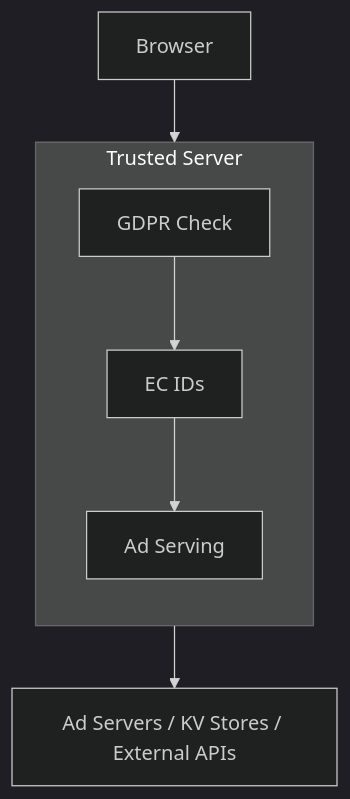
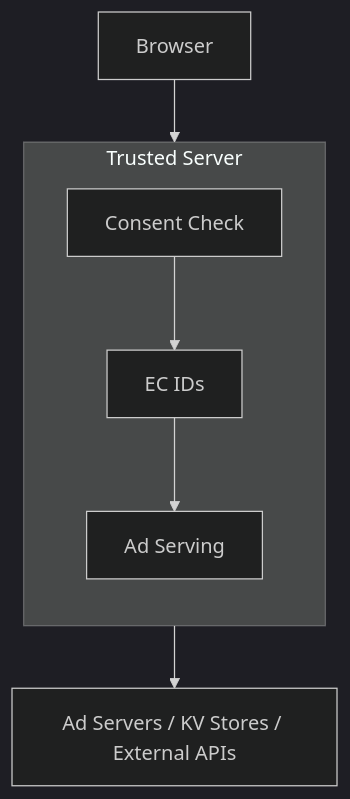
The diagram in docs/guide/architecture.md (IABTechLab/trusted-server), drawn with Mermaid (dark theme) before and after one commit. The commit also changed other lines of this file and 51 other files, not shown here.

````diff
--- a/docs/guide/architecture.md
+++ b/docs/guide/architecture.md
@@ -9,16 +9,16 @@
 ```mermaid
 flowchart TD
   browser["Browser"]
   backends["Ad Servers / KV Stores / External APIs"]
 
   subgraph edge["Trusted Server"]
     direction TB
-    gdpr["GDPR Check"]
+    gdpr["Consent Check"]
     ids["EC IDs"]
     ads["Ad Serving"]
     gdpr --> ids --> ads
   end
 
   browser --> edge
   edge --> backends
 ```
````
